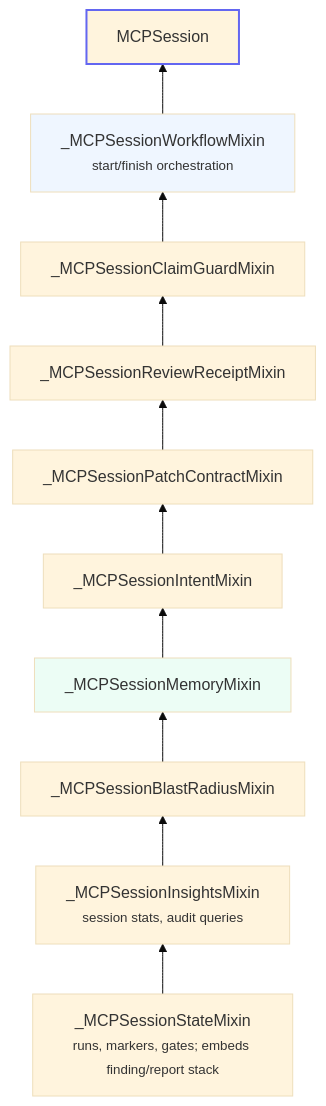
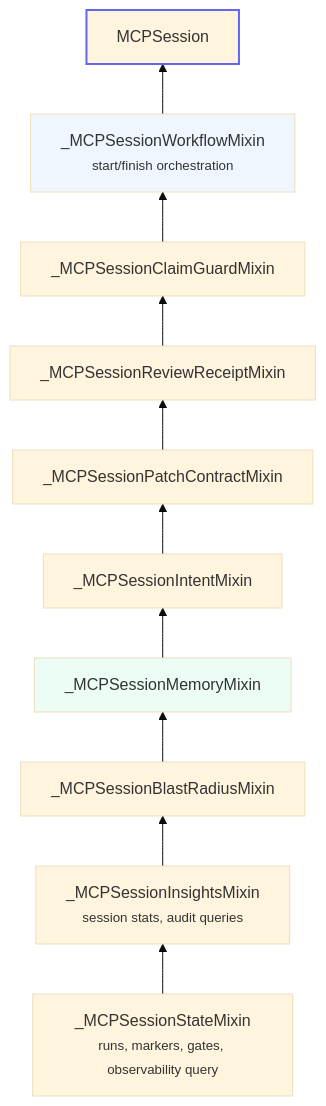
Before and after one commit to orenlab/codeclone: the third of 3 diagrams in docs/guide/mcp/architecture.md, drawn with Mermaid (base theme). The commit also changed other lines of this file and 29 other files, not shown here.

````diff
--- a/docs/guide/mcp/architecture.md
+++ b/docs/guide/mcp/architecture.md
@@ -63,17 +66,17 @@
 ```mermaid
 graph BT
-    STM["_MCPSessionStateMixin<br/><small>runs, markers, gates; embeds finding/report stack</small>"]
+    STM["_MCPSessionStateMixin<br/><small>runs, markers, gates, observability query</small>"]
     INS["_MCPSessionInsightsMixin<br/><small>session stats, audit queries</small>"]
     BR["_MCPSessionBlastRadiusMixin"]
     MM["_MCPSessionMemoryMixin"]
     IM["_MCPSessionIntentMixin"]
     PC["_MCPSessionPatchContractMixin"]
     RR["_MCPSessionReviewReceiptMixin"]
     CG["_MCPSessionClaimGuardMixin"]
     WF["_MCPSessionWorkflowMixin<br/><small>start/finish orchestration</small>"]
     S["MCPSession"]
     STM --> INS --> BR --> MM --> IM --> PC --> RR --> CG --> WF --> S
     style S stroke: #6366f1, stroke-width: 2px
     style WF fill: #eff6ff
     style MM fill: #ecfdf5
 ```
````
